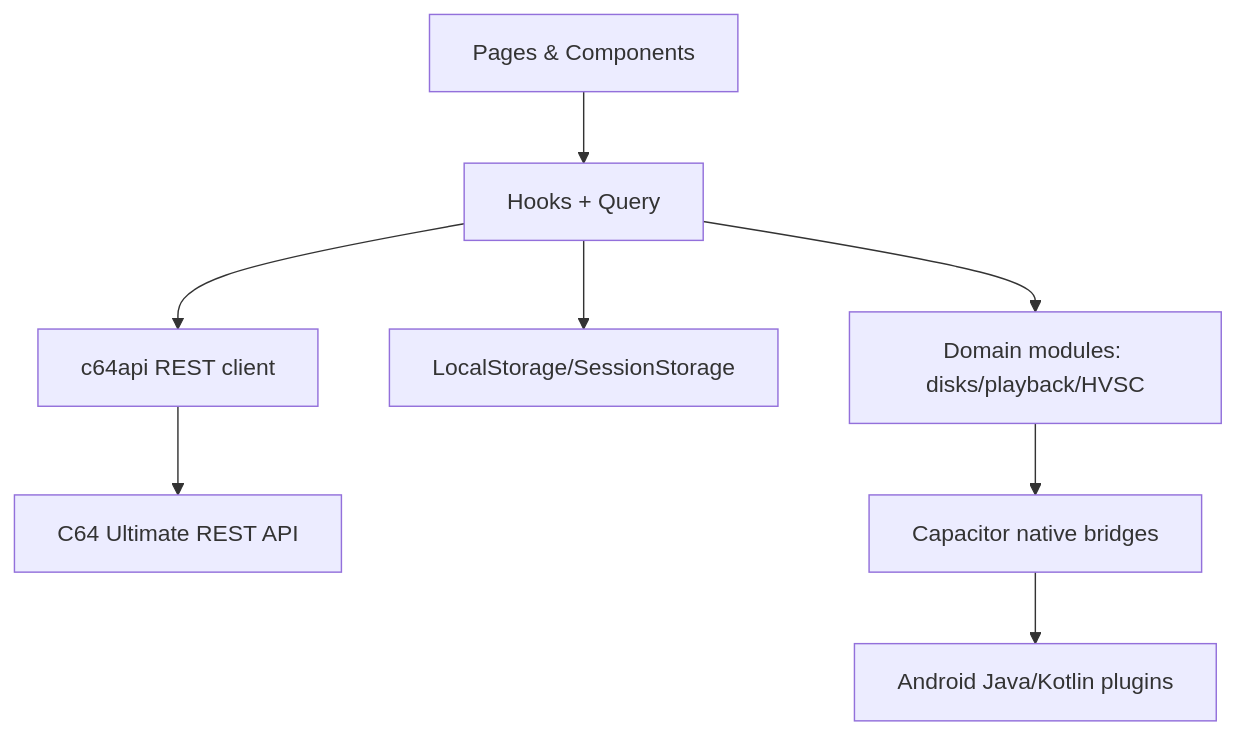
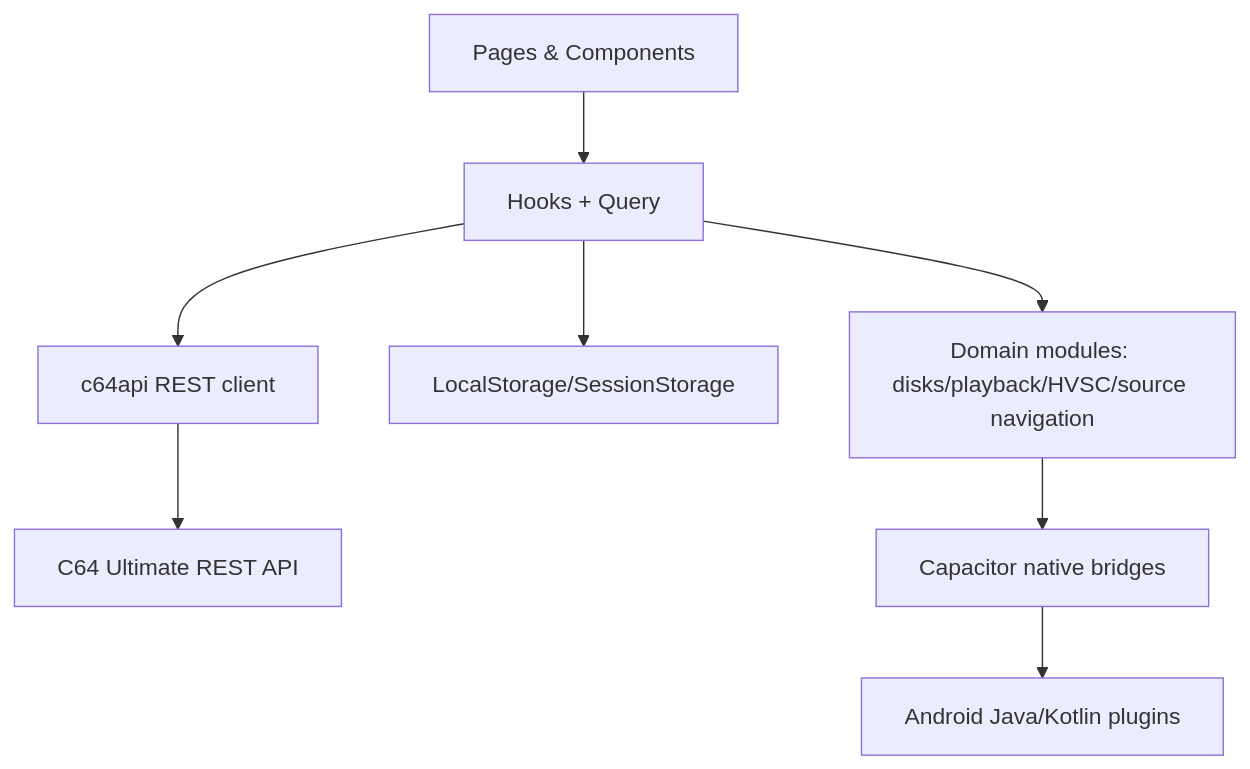
One commit to chrisgleissner/c64commander changed the first of 4 diagrams in doc/architecture.md. Above: the diagram before and after it, drawn with Mermaid. The commit also changed other lines of this file and 13 other files, not shown here.

````diff
--- a/doc/architecture.md
+++ b/doc/architecture.md
@@ -16,10 +31,10 @@
 ```mermaid
 flowchart TD
   UI[Pages & Components] --> Hooks[Hooks + Query]
   Hooks --> API[c64api REST client]
   API --> C64U[C64 Ultimate REST API]
   Hooks --> Storage[LocalStorage/SessionStorage]
-  Hooks --> Domain[Domain modules: disks/playback/HVSC]
+  Hooks --> Domain[Domain modules: disks/playback/HVSC/source navigation]
   Domain --> Native[Capacitor native bridges]
   Native --> Android[Android Java/Kotlin plugins]
 ```
````
